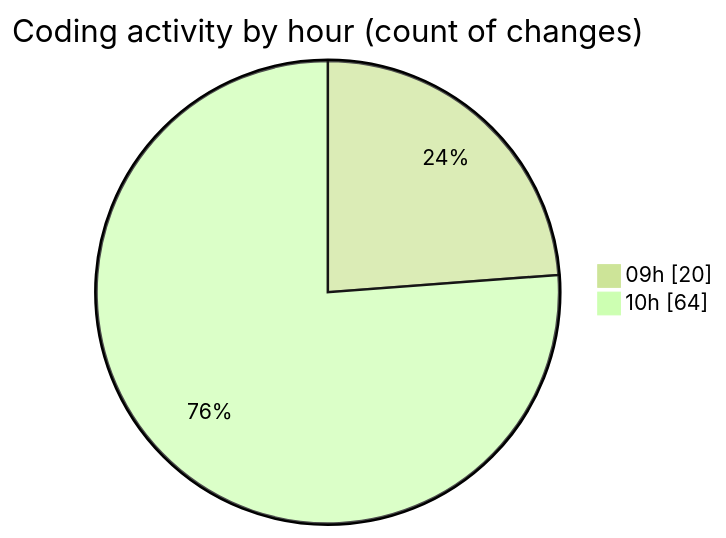
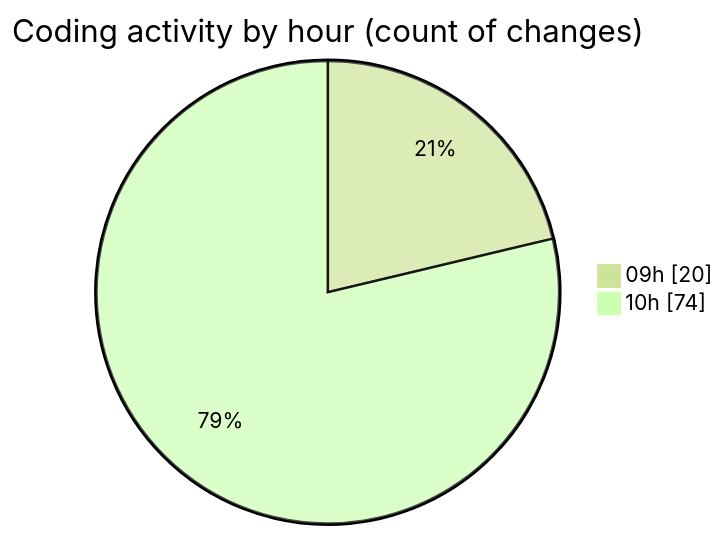
One commit to CELIANVF/code-tracking changed the second of 2 diagrams in 2025-06-06/ecodeli-1/README.md. Above: the diagram before and after it, drawn with Mermaid (forest theme). The commit also changed other lines of this file and 1 other file, not shown here.

````diff
--- a/2025-06-06/ecodeli-1/README.md
+++ b/2025-06-06/ecodeli-1/README.md
@@ -58,6 +59,6 @@
 ```mermaid
 pie showData
 title Coding activity by hour (count of changes)
 "09h" : 20
-"10h" : 64
+"10h" : 74
 ```
````
